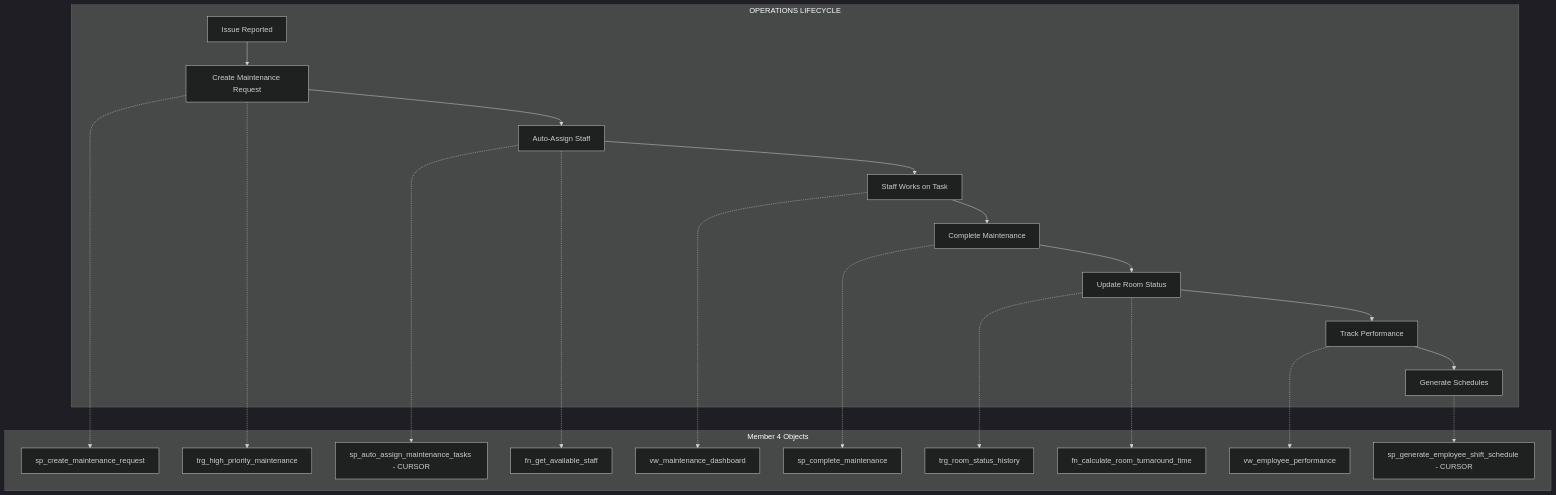
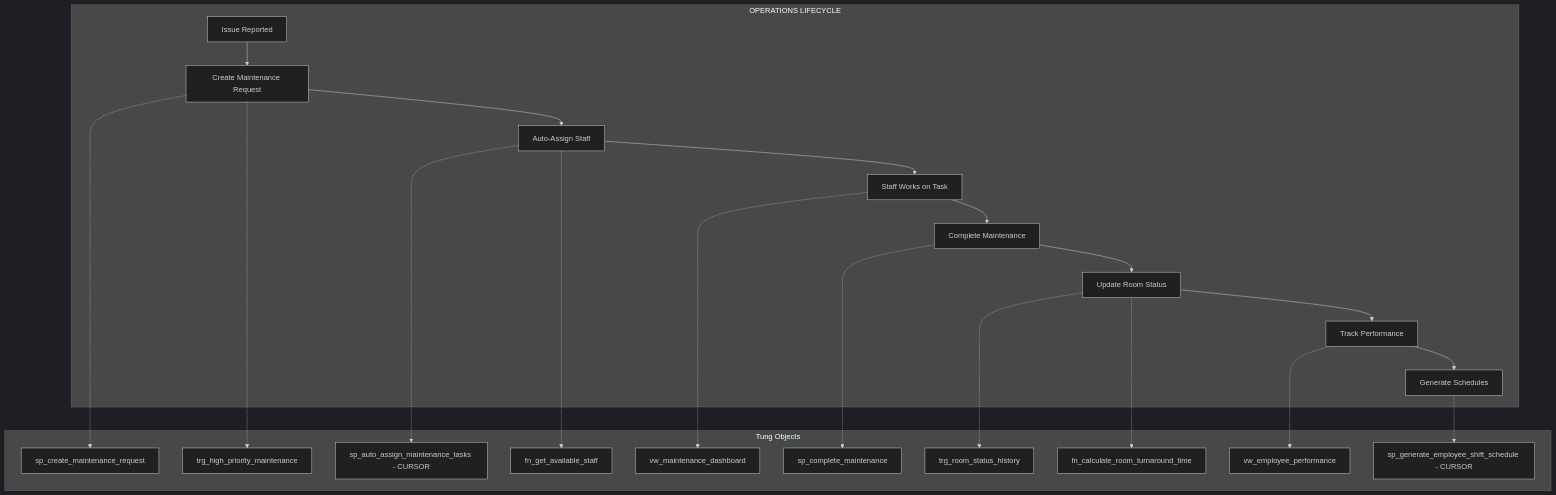
One commit to LoudlyDawn2108/FantasticHotel changed the fourth of 4 diagrams in MEMBER_BUSINESS_PROCESS_VERIFICATION.md. Above: the diagram before and after it, drawn with Mermaid (dark theme). The commit also changed other lines of this file and 23 other files, not shown here.

````diff
--- a/MEMBER_BUSINESS_PROCESS_VERIFICATION.md
+++ b/MEMBER_BUSINESS_PROCESS_VERIFICATION.md
@@ -184,25 +184,25 @@
 ```mermaid
 flowchart TB
     subgraph "OPERATIONS LIFECYCLE"
         A[Issue Reported] --> B[Create Maintenance Request]
         B --> C[Auto-Assign Staff]
         C --> D[Staff Works on Task]
         D --> E[Complete Maintenance]
         E --> F[Update Room Status]
         F --> G[Track Performance]
         G --> H[Generate Schedules]
     end
     
-    subgraph "Member 4 Objects"
+    subgraph "Tung Objects"
         B -.-> SP1[sp_create_maintenance_request]
         B -.-> TR2[trg_high_priority_maintenance]
         C -.-> CUR1[sp_auto_assign_maintenance_tasks - CURSOR]
         C -.-> FN2[fn_get_available_staff]
         D -.-> VW1[vw_maintenance_dashboard]
         E -.-> SP2[sp_complete_maintenance]
         F -.-> TR1[trg_room_status_history]
         F -.-> FN1[fn_calculate_room_turnaround_time]
         G -.-> VW2[vw_employee_performance]
         H -.-> CUR2[sp_generate_employee_shift_schedule - CURSOR]
     end
 ```
````
